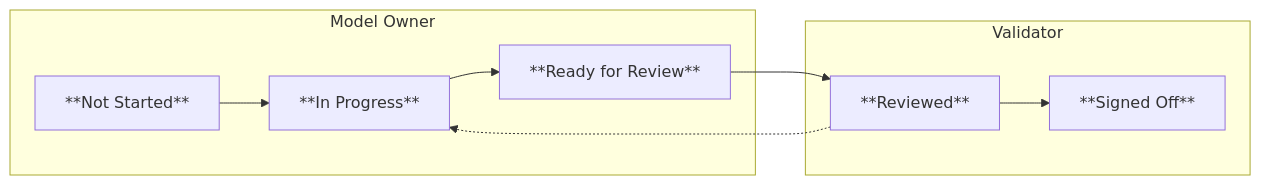
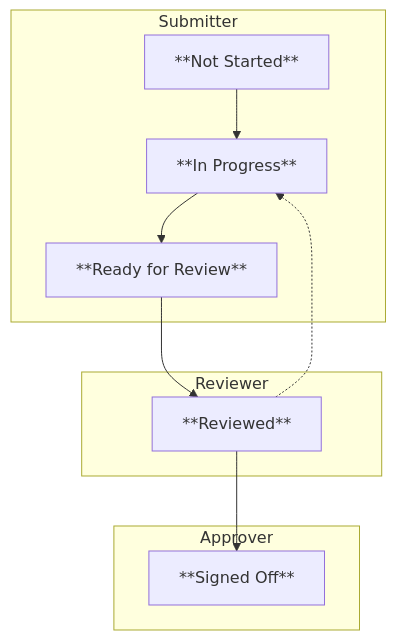
One commit to validmind/documentation changed the diagram in site/guide/attestation/working-with-attestations.qmd. Above: the diagram before and after it, drawn with Mermaid. The commit also changed other lines of this file and 16 other files, not shown here.

````diff
--- a/site/guide/attestation/working-with-attestations.qmd
+++ b/site/guide/attestation/working-with-attestations.qmd
@@ -47,13 +46,16 @@
 ```{mermaid}
-graph LR
-    subgraph Model Owner
+graph TD
+    subgraph Submitter
         A["**Not Started**"] --> B["**In Progress**"]
         B --> C["**Ready for Review**"]
     end
     
-    subgraph Validator
+    subgraph Reviewer
         C --> D["**Reviewed**"]
-        D --> E["**Signed Off**"]
         D -.-> B
     end
+    
+    subgraph Approver
+        D --> E["**Signed Off**"]
+    end
 ```
````
